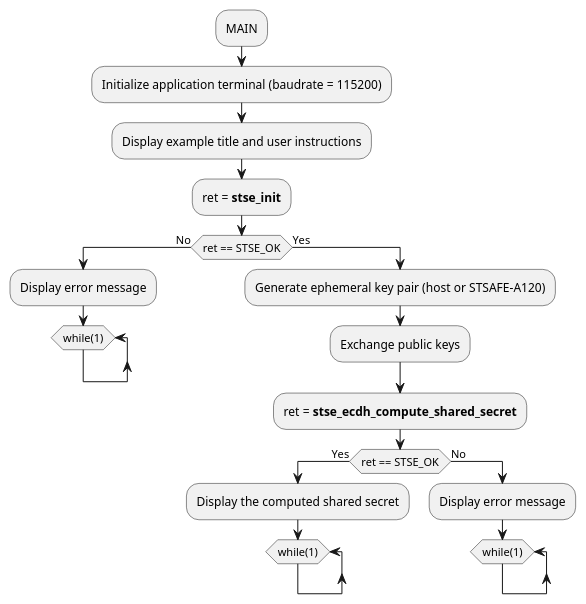
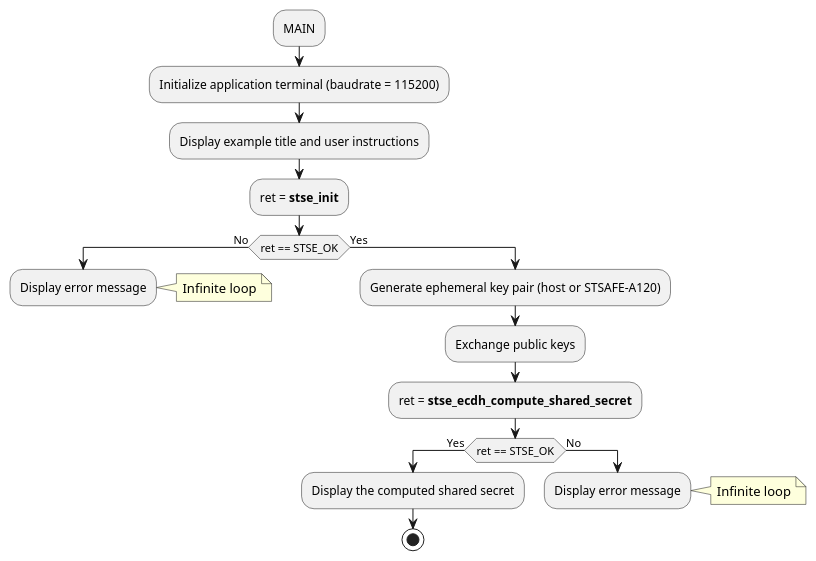
Before and after one commit to Grom-perso/STSAFE-A120_examples_dev: the diagram in Documentation/resources/Markdown/03_Project_examples_description/ECDH/STSAFE-A120_ecdh.md, drawn with PlantUML. The commit also changed 23 other files, not shown here.

```diff
--- a/Documentation/resources/Markdown/03_Project_examples_description/ECDH/STSAFE-A120_ecdh.md
+++ b/Documentation/resources/Markdown/03_Project_examples_description/ECDH/STSAFE-A120_ecdh.md
@@ -19,30 +19,25 @@
 @startuml "ECDH Example flowchart" width=5cm
-  :MAIN;
-  :Initialize application terminal (baudrate = 115200);
-  :Display example title and user instructions;
-  :ret = <b>stse_init</b>;
-  if(ret == STSE_OK) then (No)
-  :Display error message;
-	while (while(1))
-	end while
-    -[hidden]->
-  detach
-  else (Yes)
-  :Generate ephemeral key pair (host or STSAFE-A120);
-  :Exchange public keys;
-  :ret = <b>stse_ecdh_compute_shared_secret</b>;
-  if(ret == STSE_OK) then (Yes)
-  :Display the computed shared secret;
-	while (while(1))
-	end while
-    -[hidden]->
-  detach
-  else (No)
-  :Display error message;
-	while (while(1))
-	end while
-  -[hidden]->
-  detach
-  endif
-  endif
+:MAIN;
+:Initialize application terminal (baudrate = 115200);
+:Display example title and user instructions;
+:ret = <b>stse_init</b>;
+if(ret == STSE_OK) then (No)
+	:Display error message;
+	note right: Infinite loop
+	-[hidden]->
+detach
+else (Yes)
+	:Generate ephemeral key pair (host or STSAFE-A120);
+	:Exchange public keys;
+	:ret = <b>stse_ecdh_compute_shared_secret</b>;
+	if(ret == STSE_OK) then (Yes)
+		:Display the computed shared secret;
+		stop
+	else (No)
+		:Display error message;
+		note right: Infinite loop
+		-[hidden]->
+		detach
+	endif
+endif
 @enduml
```
